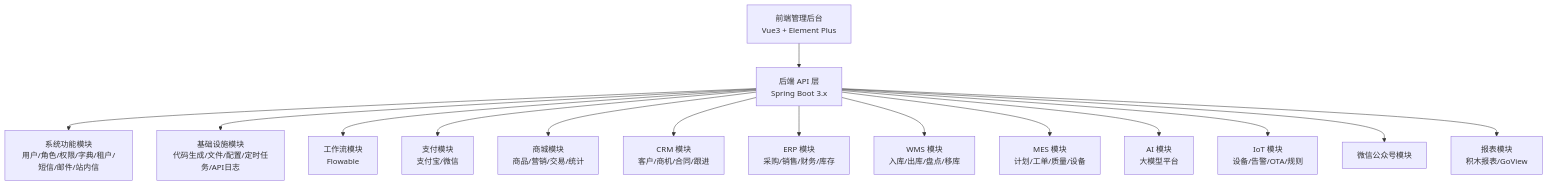
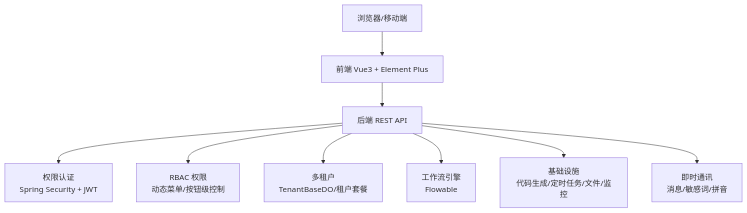
One commit to xiaoche80s-tech/rouyi-vue-pro changed the second of 8 diagrams in .qoder/repowiki/zh/content/项目概述.md. Above: the diagram before and after it, drawn with Mermaid. The commit also changed other lines of this file and 840 other files, not shown here.

````diff
--- a/.qoder/repowiki/zh/content/项目概述.md
+++ b/.qoder/repowiki/zh/content/项目概述.md
@@ -99,32 +90,20 @@
 ```mermaid
 graph TB
-FE["前端管理后台<br/>Vue3 + Element Plus"]
-API["后端 API 层<br/>Spring Boot 3.x"]
-SYS["系统功能模块<br/>用户/角色/权限/字典/租户/短信/邮件/站内信"]
-INFRA["基础设施模块<br/>代码生成/文件/配置/定时任务/API日志"]
-BPM["工作流模块<br/>Flowable"]
-PAY["支付模块<br/>支付宝/微信"]
-MALL["商城模块<br/>商品/营销/交易/统计"]
-CRM["CRM 模块<br/>客户/商机/合同/跟进"]
-ERP["ERP 模块<br/>采购/销售/财务/库存"]
-WMS["WMS 模块<br/>入库/出库/盘点/移库"]
-MES["MES 模块<br/>计划/工单/质量/设备"]
-AI["AI 模块<br/>大模型平台"]
-IoT["IoT 模块<br/>设备/告警/OTA/规则"]
-MP["微信公众号模块"]
-REPORT["报表模块<br/>积木报表/GoView"]
-FE --> API
-API --> SYS
-API --> INFRA
-API --> BPM
-API --> PAY
-API --> MALL
-API --> CRM
-API --> ERP
-API --> WMS
-API --> MES
-API --> AI
-API --> IoT
-API --> MP
-API --> REPORT
+client["浏览器/移动端"]
+api["后端 REST API"]
+sec["权限认证<br/>Spring Security + JWT"]
+rbac["RBAC 权限<br/>动态菜单/按钮级控制"]
+tenant["多租户<br/>TenantBaseDO/租户套餐"]
+flow["工作流引擎<br/>Flowable"]
+infra["基础设施<br/>代码生成/定时任务/文件/监控"]
+imod["即时通讯<br/>消息/敏感词/拼音"]
+fe["前端 Vue3 + Element Plus"]
+client --> fe
+fe --> api
+api --> sec
+api --> rbac
+api --> tenant
+api --> flow
+api --> infra
+api --> imod
 ```
````
